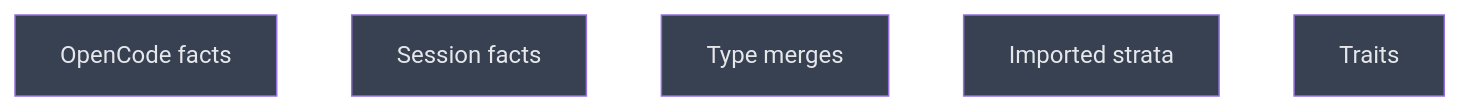
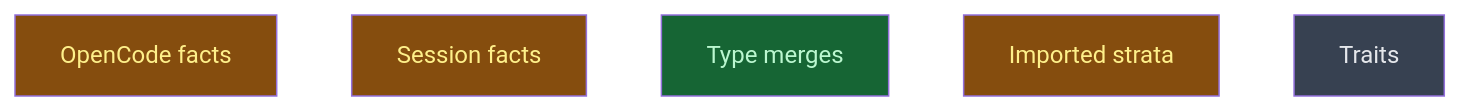
One commit to CrackingShells/Candler changed the diagram in __roadmap__/m4-session-runner/README.md. Above: the diagram before and after it, drawn with Mermaid. The commit also changed other lines of this file, not shown here.

Commit message:
rdm(runner): mark type_merges done and the other l0 leaves in progress

````diff
--- a/__roadmap__/m4-session-runner/README.md
+++ b/__roadmap__/m4-session-runner/README.md
@@ -108,13 +108,13 @@
 ```mermaid
 graph TD
-    opencode_facts[OpenCode facts]:::planned
-    session_facts[Session facts]:::planned
-    type_merges[Type merges]:::planned
-    imported_strata[Imported strata]:::planned
+    opencode_facts[OpenCode facts]:::inprogress
+    session_facts[Session facts]:::inprogress
+    type_merges[Type merges]:::done
+    imported_strata[Imported strata]:::inprogress
     traits[Traits]:::planned
     classDef done       fill:#166534,color:#bbf7d0
     classDef inprogress fill:#854d0e,color:#fef08a
     classDef planned    fill:#374151,color:#e5e7eb
     classDef amendment  fill:#1e3a5f,color:#bfdbfe
     classDef blocked    fill:#7f1d1d,color:#fecaca
 ```
````
